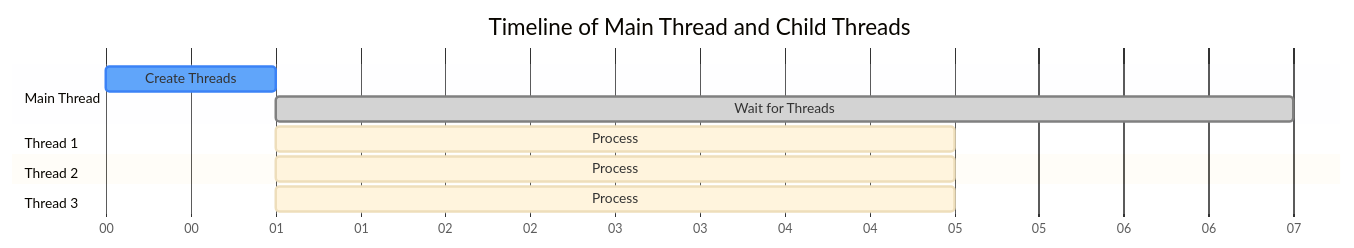
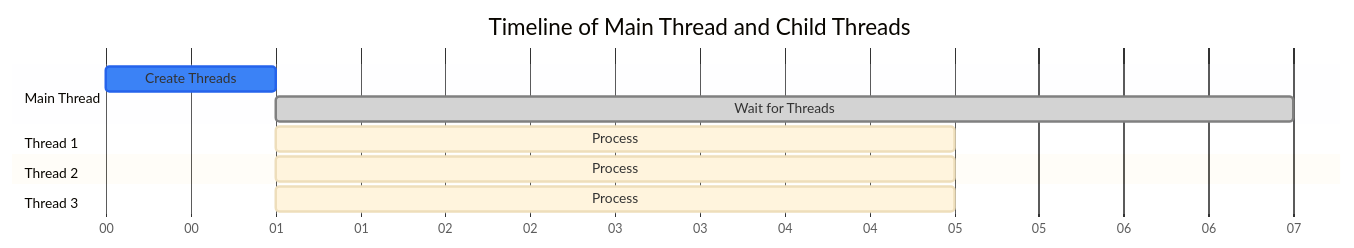
One commit to rain1024/python-adventure changed the second of 2 diagrams in README.md. Above: the diagram before and after it, drawn with Mermaid. The commit also changed other lines of this file, not shown here.

````diff
--- a/README.md
+++ b/README.md
@@ -89,30 +89,30 @@
 ```mermaid
 gantt
     title Timeline of Main Thread and Child Threads
     dateFormat s
     axisFormat %S
 
     section Main Thread
     Create Threads :crit, a1, 0, 1s
     Wait for Threads :done, a2, after a1, 6s
 
     section Thread 1
     Process :t1, after a1, 4s
 
     section Thread 2
     Process :t2, after a1, 4s
 
     section Thread 3
     Process :t3, after a1, 4s
 
     %%{init: { 
         'theme': 'base',
         'themeVariables': {
-            'critBorderColor': '#3B82F6',
-            'critBkgColor': '#60A5FA',
-            'doneColor': '#60A5FA',
-            'doneBorderColor': '#3B82F6',
+            'critBorderColor': '#2563eb',
+            'critBkgColor': '#3b82f6',
+            'doneColor': '#3b82f6',
+            'doneBorderColor': '#2563eb',
             'lineWidth': '1px'
         }
     }}%%
 ```
````
